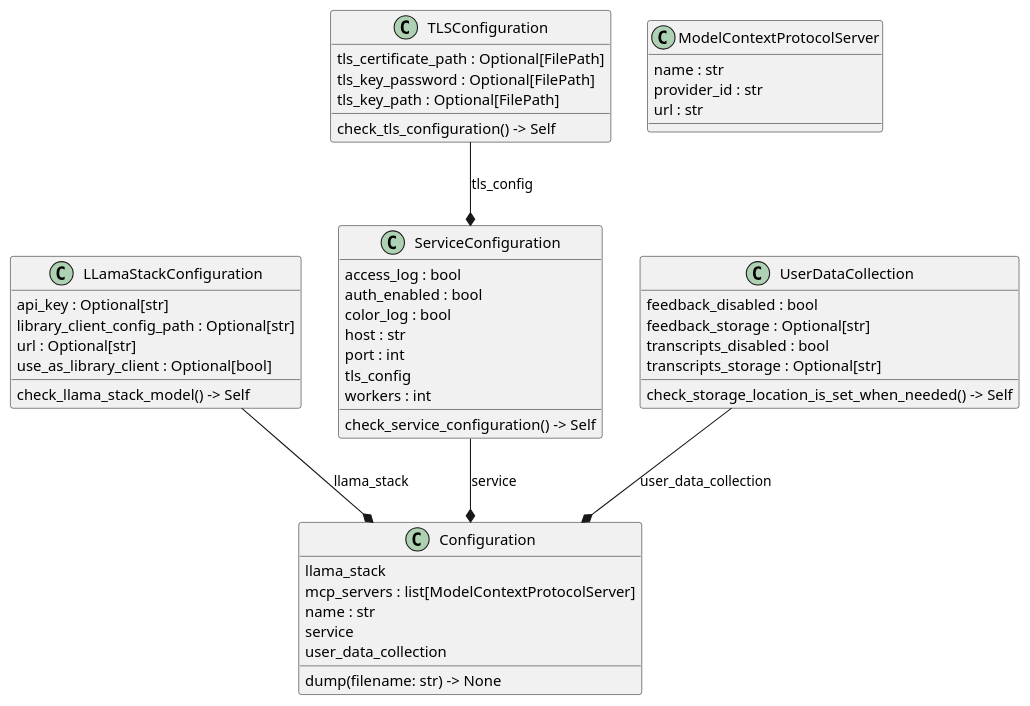
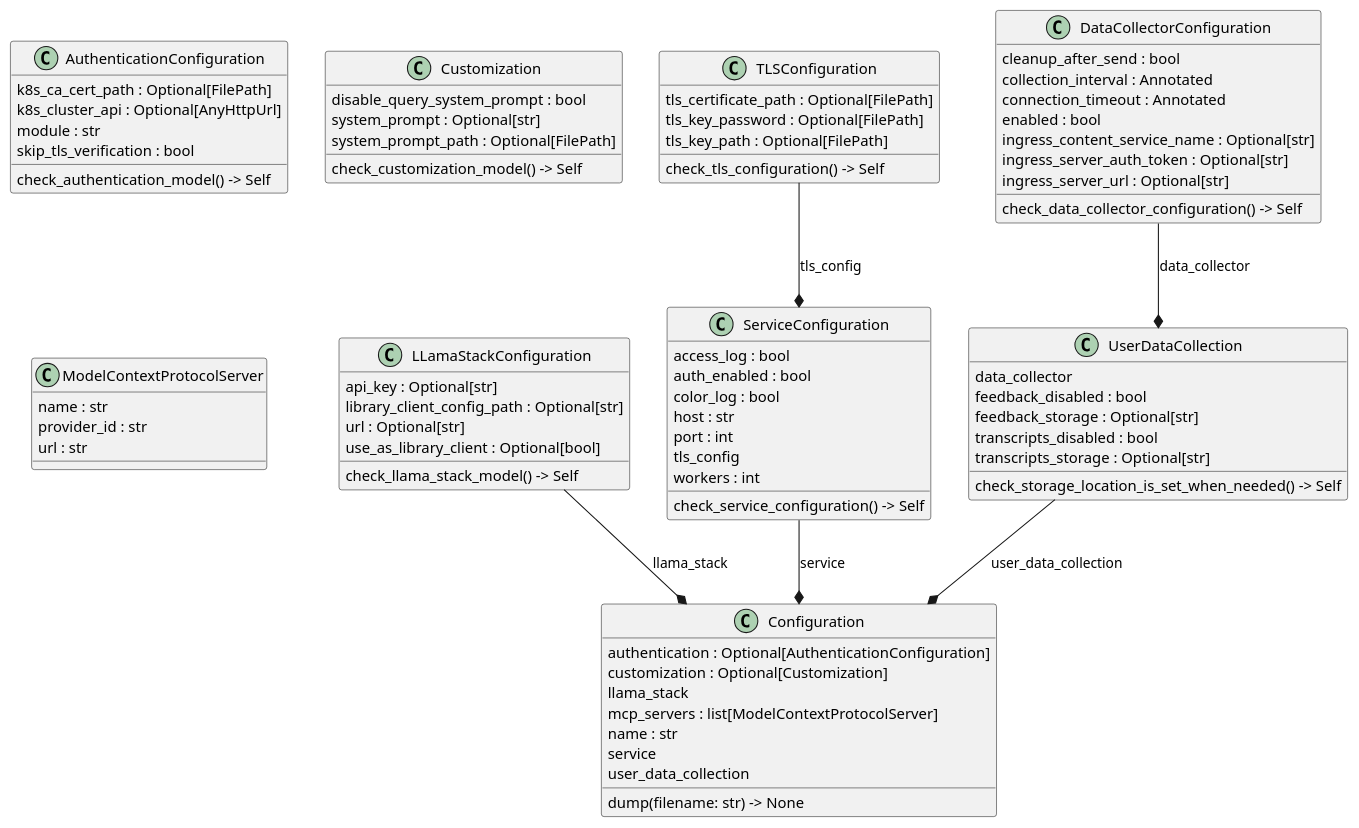
Before and after one commit to zszabo-rh/lightspeed-stack: the diagram in docs/config.puml, drawn with PlantUML. The commit also changed 2 other files, not shown here.

```diff
--- a/docs/config.puml
+++ b/docs/config.puml
@@ -1,50 +1,77 @@
 @startuml classes
 set namespaceSeparator none
+class "AuthenticationConfiguration" as src.models.config.AuthenticationConfiguration {
+  k8s_ca_cert_path : Optional[FilePath]
+  k8s_cluster_api : Optional[AnyHttpUrl]
+  module : str
+  skip_tls_verification : bool
+  check_authentication_model() -> Self
+}
 class "Configuration" as src.models.config.Configuration {
+  authentication : Optional[AuthenticationConfiguration]
+  customization : Optional[Customization]
   llama_stack
   mcp_servers : list[ModelContextProtocolServer]
   name : str
   service
   user_data_collection
   dump(filename: str) -> None
+}
+class "Customization" as src.models.config.Customization {
+  disable_query_system_prompt : bool
+  system_prompt : Optional[str]
+  system_prompt_path : Optional[FilePath]
+  check_customization_model() -> Self
+}
+class "DataCollectorConfiguration" as src.models.config.DataCollectorConfiguration {
+  cleanup_after_send : bool
+  collection_interval : Annotated
+  connection_timeout : Annotated
+  enabled : bool
+  ingress_content_service_name : Optional[str]
+  ingress_server_auth_token : Optional[str]
+  ingress_server_url : Optional[str]
+  check_data_collector_configuration() -> Self
 }
 class "LLamaStackConfiguration" as src.models.config.LLamaStackConfiguration {
   api_key : Optional[str]
   library_client_config_path : Optional[str]
   url : Optional[str]
   use_as_library_client : Optional[bool]
   check_llama_stack_model() -> Self
 }
 class "ModelContextProtocolServer" as src.models.config.ModelContextProtocolServer {
   name : str
   provider_id : str
   url : str
 }
 class "ServiceConfiguration" as src.models.config.ServiceConfiguration {
   access_log : bool
   auth_enabled : bool
   color_log : bool
   host : str
   port : int
   tls_config
   workers : int
   check_service_configuration() -> Self
 }
 class "TLSConfiguration" as src.models.config.TLSConfiguration {
   tls_certificate_path : Optional[FilePath]
   tls_key_password : Optional[FilePath]
   tls_key_path : Optional[FilePath]
   check_tls_configuration() -> Self
 }
 class "UserDataCollection" as src.models.config.UserDataCollection {
+  data_collector
   feedback_disabled : bool
   feedback_storage : Optional[str]
   transcripts_disabled : bool
   transcripts_storage : Optional[str]
   check_storage_location_is_set_when_needed() -> Self
 }
+src.models.config.DataCollectorConfiguration --* src.models.config.UserDataCollection : data_collector
 src.models.config.LLamaStackConfiguration --* src.models.config.Configuration : llama_stack
 src.models.config.ServiceConfiguration --* src.models.config.Configuration : service
 src.models.config.TLSConfiguration --* src.models.config.ServiceConfiguration : tls_config
 src.models.config.UserDataCollection --* src.models.config.Configuration : user_data_collection
 @enduml
```
